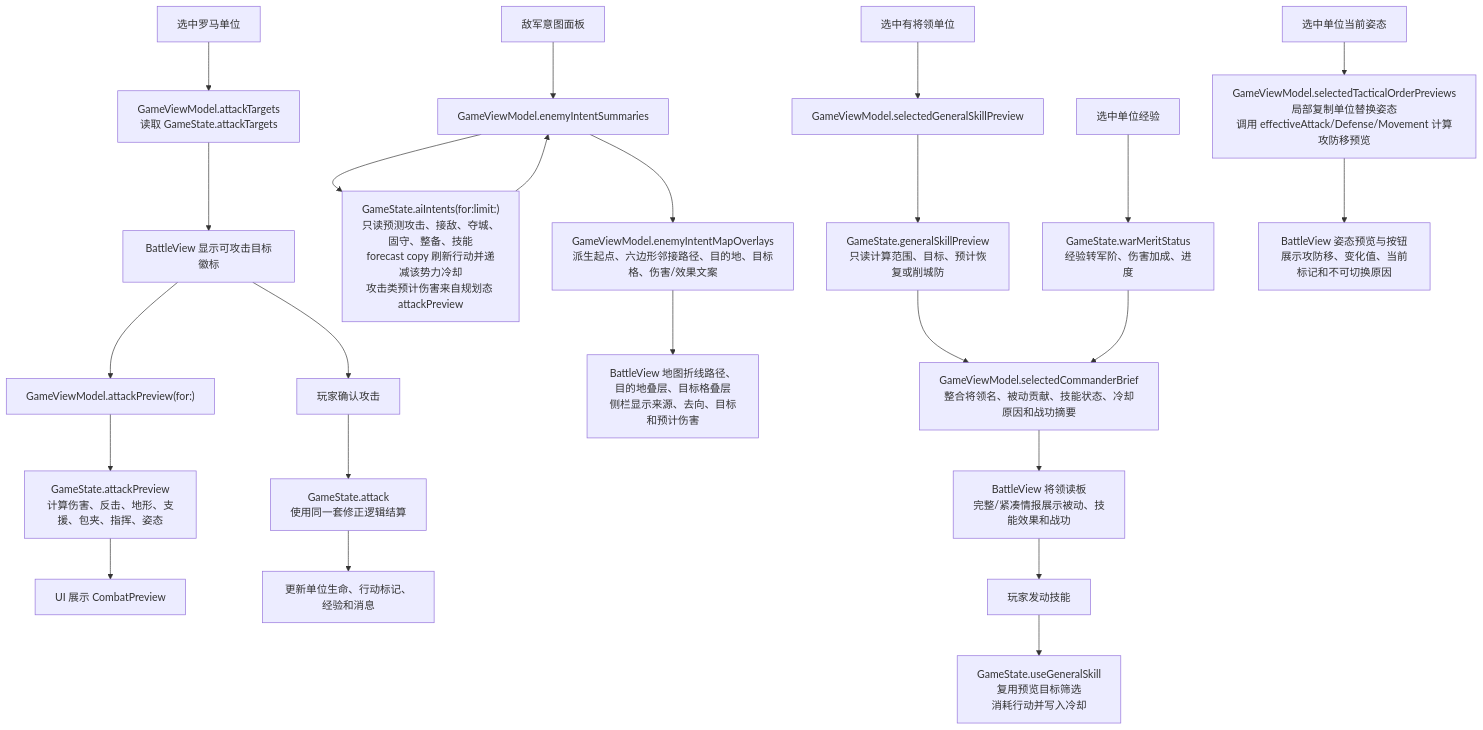
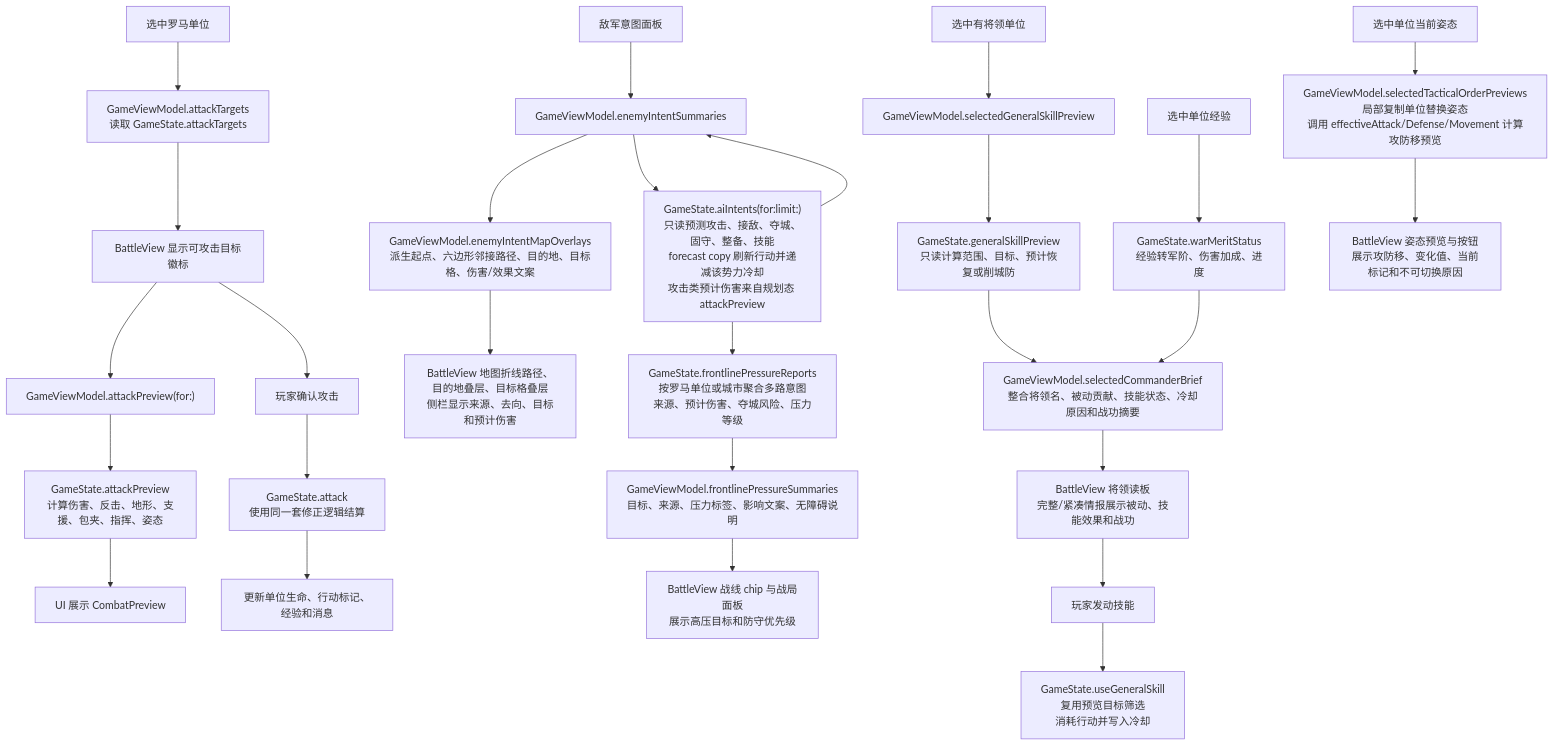
Before and after one commit to Altman-sam114/119: the third of 7 diagrams in md/flow/flowchart.md, drawn with Mermaid. The commit also changed other lines of this file and 12 other files, not shown here.

````diff
--- a/md/flow/flowchart.md
+++ b/md/flow/flowchart.md
@@ -44,30 +44,33 @@
 ```mermaid
 flowchart TD
     A["选中罗马单位"] --> B["GameViewModel.attackTargets<br/>读取 GameState.attackTargets"]
     B --> C["BattleView 显示可攻击目标徽标"]
     C --> D["GameViewModel.attackPreview(for:)"]
     D --> E["GameState.attackPreview<br/>计算伤害、反击、地形、支援、包夹、指挥、姿态"]
     E --> F["UI 展示 CombatPreview"]
     C --> G["玩家确认攻击"]
     G --> H["GameState.attack<br/>使用同一套修正逻辑结算"]
     H --> I["更新单位生命、行动标记、经验和消息"]
 
     J["敌军意图面板"] --> K["GameViewModel.enemyIntentSummaries"]
     K --> L["GameState.aiIntents(for:limit:)<br/>只读预测攻击、接敌、夺城、固守、整备、技能<br/>forecast copy 刷新行动并递减该势力冷却<br/>攻击类预计伤害来自规划态 attackPreview"]
     K --> M["GameViewModel.enemyIntentMapOverlays<br/>派生起点、六边形邻接路径、目的地、目标格、伤害/效果文案"]
     L --> K
     M --> W["BattleView 地图折线路径、目的地叠层、目标格叠层<br/>侧栏显示来源、去向、目标和预计伤害"]
+    L --> AB["GameState.frontlinePressureReports<br/>按罗马单位或城市聚合多路意图<br/>来源、预计伤害、夺城风险、压力等级"]
+    AB --> AC["GameViewModel.frontlinePressureSummaries<br/>目标、来源、压力标签、影响文案、无障碍说明"]
+    AC --> AD["BattleView 战线 chip 与战局面板<br/>展示高压目标和防守优先级"]
 
     N["选中有将领单位"] --> O["GameViewModel.selectedGeneralSkillPreview"]
     O --> P["GameState.generalSkillPreview<br/>只读计算范围、目标、预计恢复或削城防"]
     P --> Q["GameViewModel.selectedCommanderBrief<br/>整合将领名、被动贡献、技能状态、冷却原因和战功摘要"]
     Q --> X["BattleView 将领读板<br/>完整/紧凑情报展示被动、技能效果和战功"]
     X --> R["玩家发动技能"]
     R --> S["GameState.useGeneralSkill<br/>复用预览目标筛选<br/>消耗行动并写入冷却"]
 
     T["选中单位经验"] --> U["GameState.warMeritStatus<br/>经验转军阶、伤害加成、进度"]
     U --> Q
 
     Y["选中单位当前姿态"] --> Z["GameViewModel.selectedTacticalOrderPreviews<br/>局部复制单位替换姿态<br/>调用 effectiveAttack/Defense/Movement 计算攻防移预览"]
     Z --> AA["BattleView 姿态预览与按钮<br/>展示攻防移、变化值、当前标记和不可切换原因"]
 ```
````
